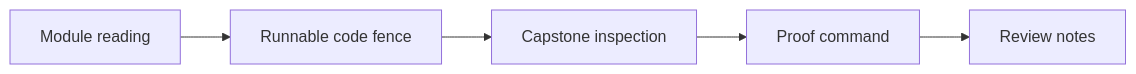
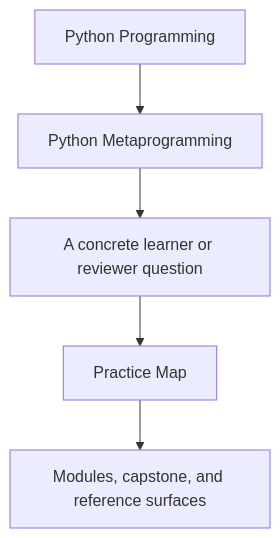
The first of 2 diagrams in programs/python-programming/python-meta-programming/course-book/guides/practice-map.md (bijux/bijux-masterclass), drawn with Mermaid before and after one commit. The commit also changed other lines of this file and 15 other files, not shown here.

Commit message:
docs(python-meta-programming): sharpen guide and reference diagrams

````diff
--- a/programs/python-programming/python-meta-programming/course-book/guides/practice-map.md
+++ b/programs/python-programming/python-meta-programming/course-book/guides/practice-map.md
@@ -6,10 +6,7 @@
 ```mermaid
-graph LR
-  module["Module reading"]
-  fence["Runnable code fence"]
-  capstone["Capstone inspection"]
-  proof["Proof command"]
-  notes["Review notes"]
-
-  module --> fence --> capstone --> proof --> notes
+flowchart TD
+  family["Python Programming"] --> program["Python Metaprogramming"]
+  program --> pressure["A concrete learner or reviewer question"]
+  pressure --> guide["Practice Map"]
+  guide --> next["Modules, capstone, and reference surfaces"]
 ```
````
